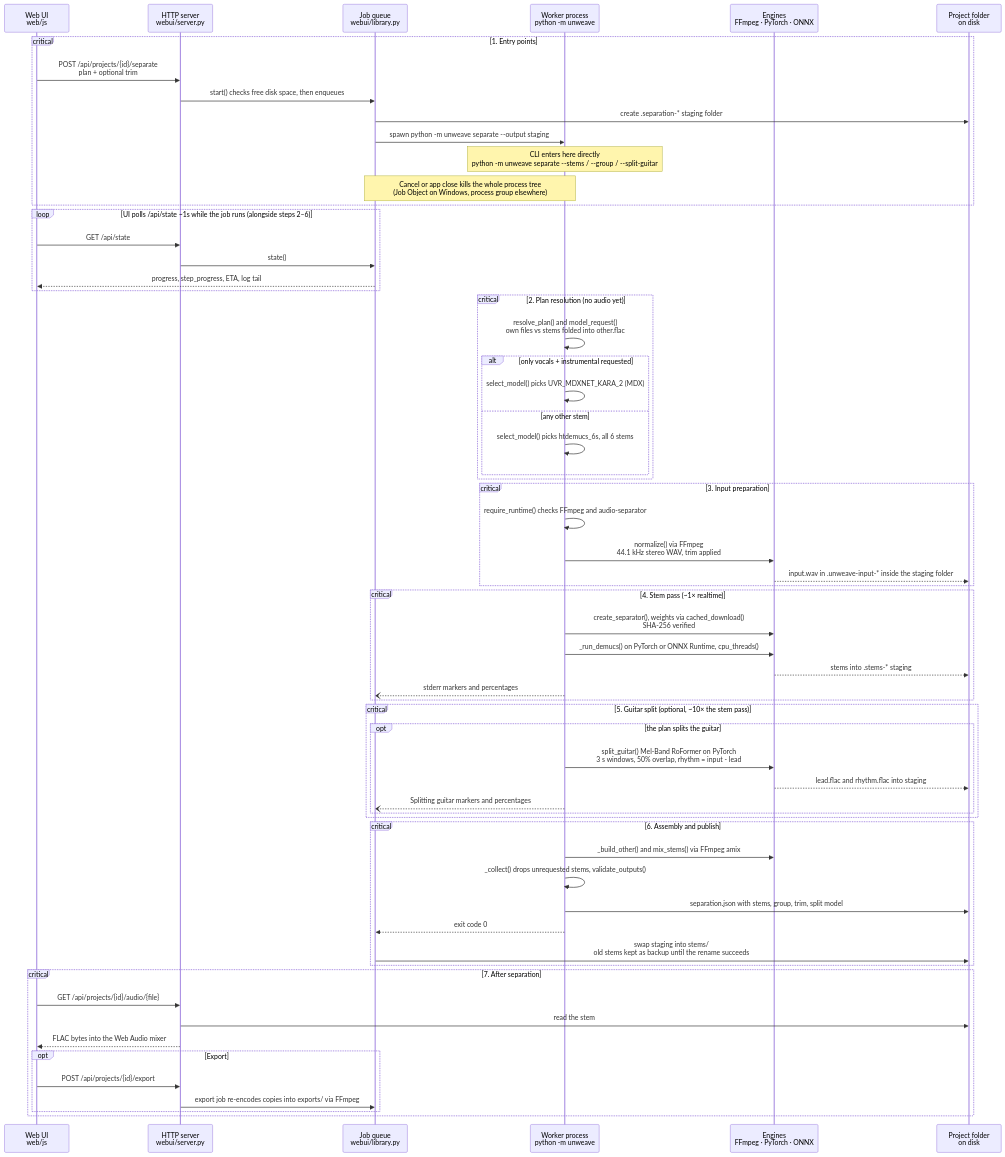
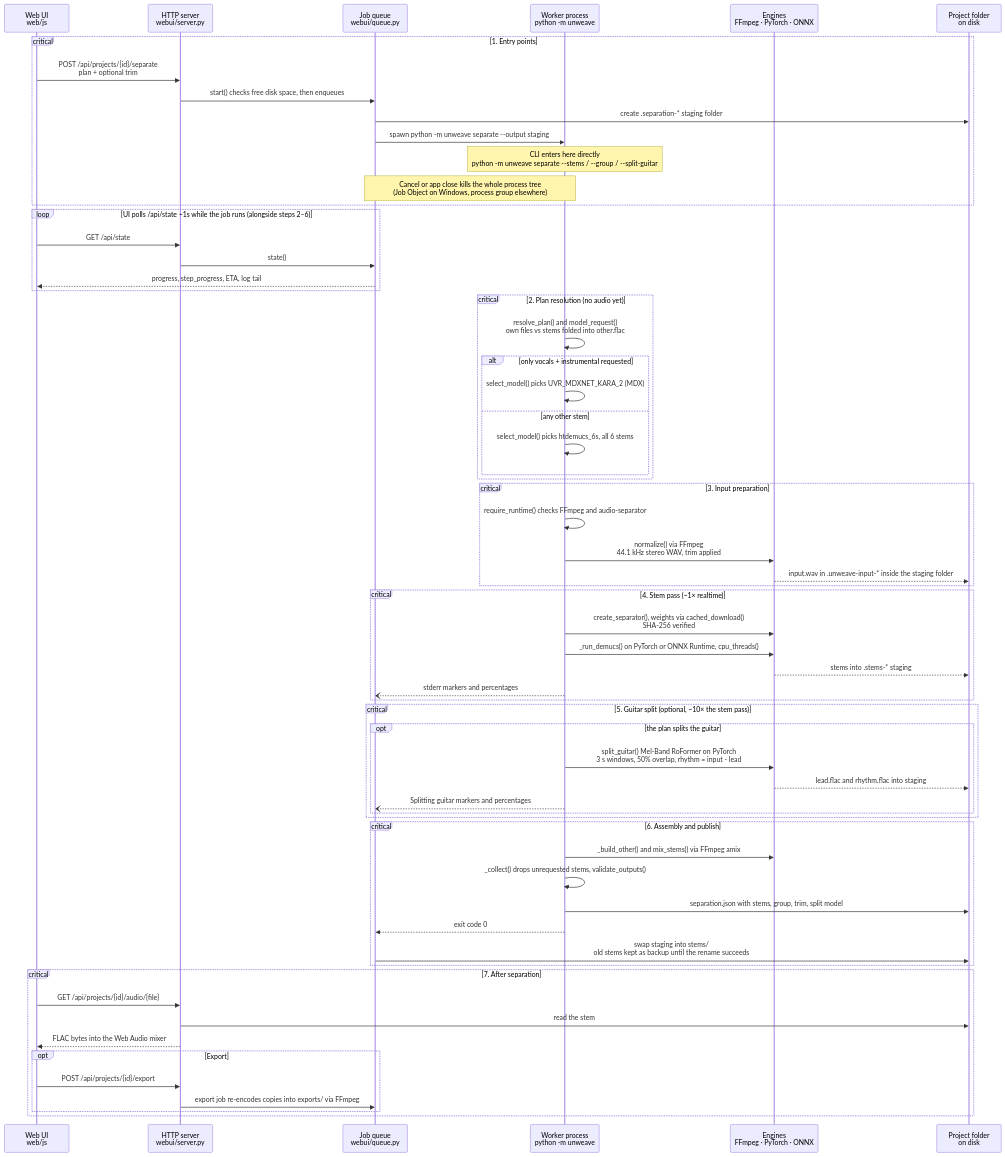
The diagram in docs/architecture.md (phunguyen4869/unweave), drawn with Mermaid before and after one commit. The commit also changed other lines of this file and 33 other files, not shown here.

First line of the commit message:
Release 1.5.1: split webui into router, queue, and settings

````diff
--- a/docs/architecture.md
+++ b/docs/architecture.md
@@ -37,72 +37,72 @@
 ```mermaid
 sequenceDiagram
     participant UI as Web UI<br/>web/js
     participant SRV as HTTP server<br/>webui/server.py
-    participant Q as Job queue<br/>webui/library.py
+    participant Q as Job queue<br/>webui/queue.py
     participant W as Worker process<br/>python -m unweave
     participant ENG as Engines<br/>FFmpeg · PyTorch · ONNX
     participant FS as Project folder<br/>on disk
 
     critical 1. Entry points
         UI->>SRV: POST /api/projects/{id}/separate<br/>plan + optional trim
         SRV->>Q: start() checks free disk space, then enqueues
         Q->>FS: create .separation-* staging folder
         Q->>W: spawn python -m unweave separate --output staging
         Note over W: CLI enters here directly<br/>python -m unweave separate --stems / --group / --split-guitar
         Note over Q,W: Cancel or app close kills the whole process tree<br/>(Job Object on Windows, process group elsewhere)
     end
 
     loop UI polls /api/state ~1s while the job runs (alongside steps 2–6)
         UI->>SRV: GET /api/state
         SRV->>Q: state()
         Q-->>UI: progress, step_progress, ETA, log tail
     end
 
     critical 2. Plan resolution (no audio yet)
         W->>W: resolve_plan() and model_request()<br/>own files vs stems folded into other.flac
         alt only vocals + instrumental requested
             W->>W: select_model() picks UVR_MDXNET_KARA_2 (MDX)
         else any other stem
             W->>W: select_model() picks htdemucs_6s, all 6 stems
         end
     end
 
     critical 3. Input preparation
         W->>W: require_runtime() checks FFmpeg and audio-separator
         W->>ENG: normalize() via FFmpeg<br/>44.1 kHz stereo WAV, trim applied
         ENG-->>FS: input.wav in .unweave-input-* inside the staging folder
     end
 
     critical 4. Stem pass (~1× realtime)
         W->>ENG: create_separator(), weights via cached_download()<br/>SHA-256 verified
         W->>ENG: _run_demucs() on PyTorch or ONNX Runtime, cpu_threads()
         ENG-->>FS: stems into .stems-* staging
         W--)Q: stderr markers and percentages
     end
 
     critical 5. Guitar split (optional, ~10× the stem pass)
         opt the plan splits the guitar
             W->>ENG: split_guitar() Mel-Band RoFormer on PyTorch<br/>3 s windows, 50% overlap, rhythm = input - lead
             ENG-->>FS: lead.flac and rhythm.flac into staging
             W--)Q: Splitting guitar markers and percentages
         end
     end
 
     critical 6. Assembly and publish
         W->>ENG: _build_other() and mix_stems() via FFmpeg amix
         W->>W: _collect() drops unrequested stems, validate_outputs()
         W->>FS: separation.json with stems, group, trim, split model
         W-->>Q: exit code 0
         Q->>FS: swap staging into stems/<br/>old stems kept as backup until the rename succeeds
     end
 
     critical 7. After separation
         UI->>SRV: GET /api/projects/{id}/audio/{file}
         SRV->>FS: read the stem
         SRV-->>UI: FLAC bytes into the Web Audio mixer
         opt Export
             UI->>SRV: POST /api/projects/{id}/export
             SRV->>Q: export job re-encodes copies into exports/ via FFmpeg
         end
     end
 ```
````
